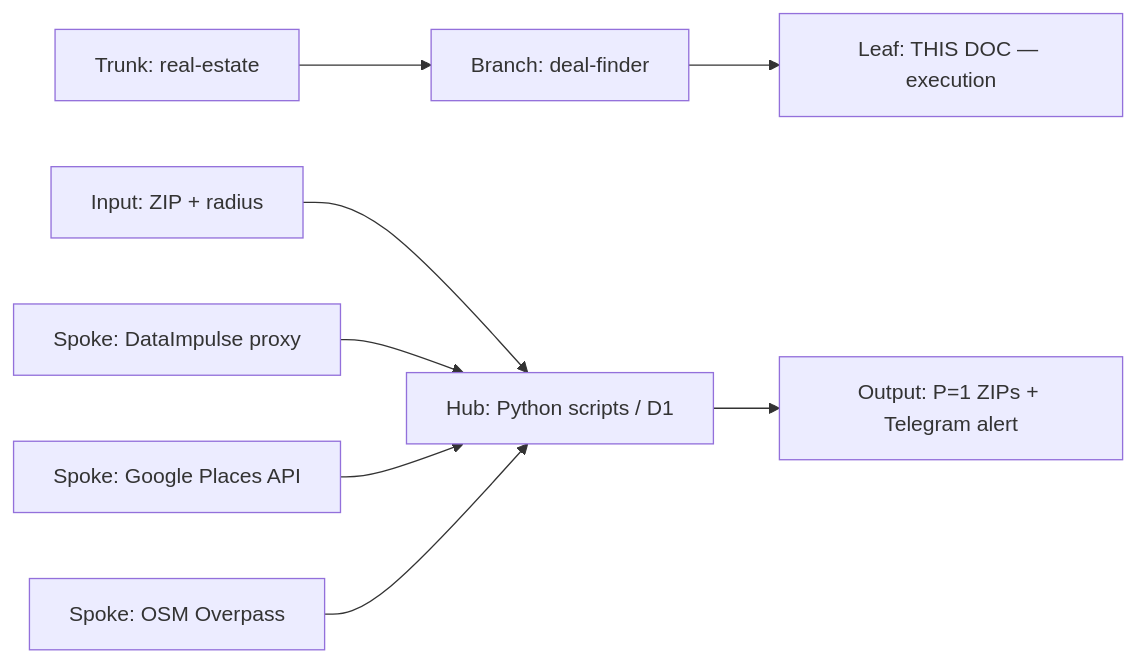
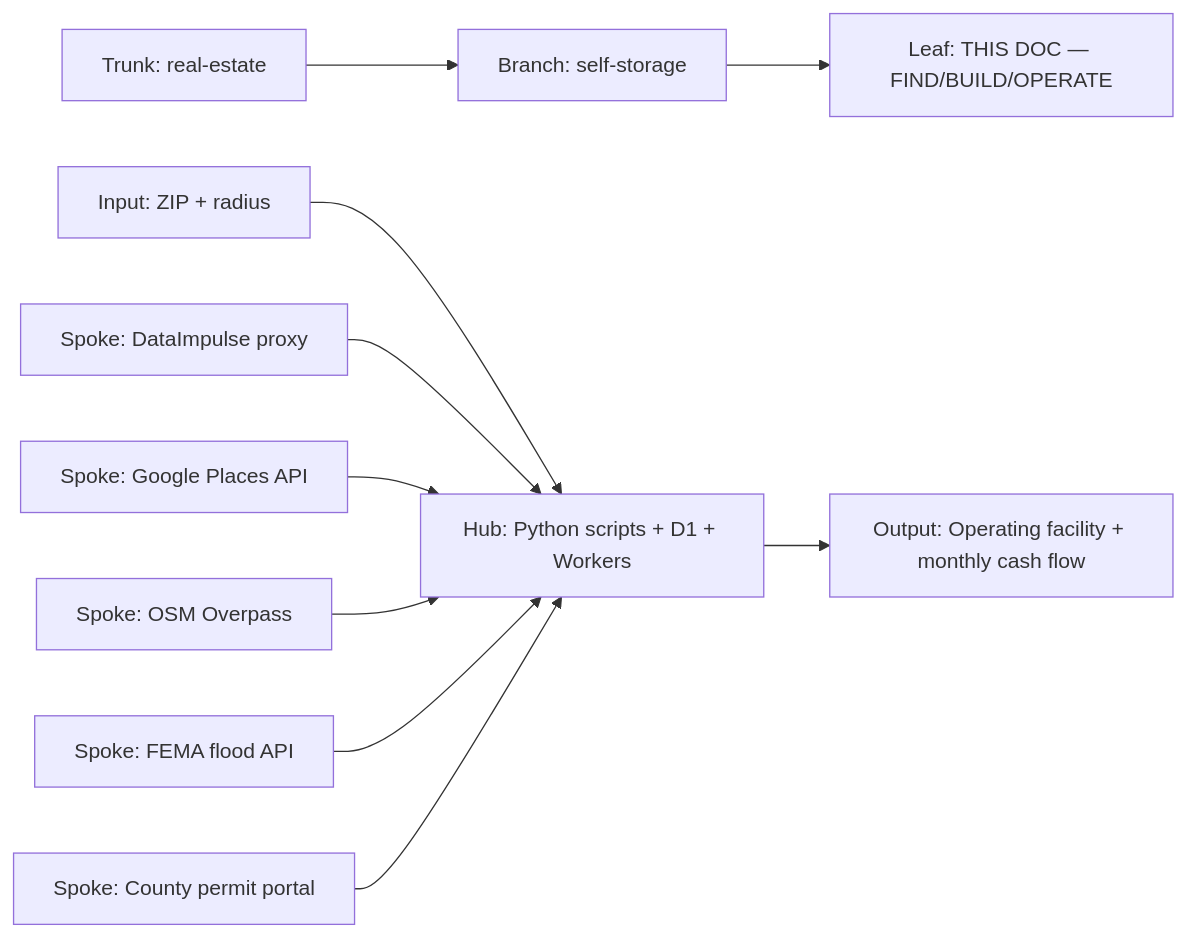
One commit to djb258/Barton-Processes changed the first of 2 diagrams in factory/real-estate/PROC-1000-DEAL-FINDER.md. Above: the diagram before and after it, drawn with Mermaid. The commit also changed other lines of this file, not shown here.

Commit message:
docs: PROC-1000 v2.0.0 — full 3-step lifecycle (FIND/BUILD/OPERATE) per Atlas

````diff
--- a/factory/real-estate/PROC-1000-DEAL-FINDER.md
+++ b/factory/real-estate/PROC-1000-DEAL-FINDER.md
@@ -58,10 +60,12 @@
 ```mermaid
 flowchart LR
-  TRUNK[Trunk: real-estate] --> BRANCH[Branch: deal-finder]
-  BRANCH --> LEAF[Leaf: THIS DOC — execution]
-  RIM_IN[Input: ZIP + radius] --> HUB[Hub: Python scripts / D1]
-  HUB --> RIM_OUT[Output: P=1 ZIPs + Telegram alert]
+  TRUNK[Trunk: real-estate] --> BRANCH[Branch: self-storage]
+  BRANCH --> LEAF[Leaf: THIS DOC — FIND/BUILD/OPERATE]
+  RIM_IN[Input: ZIP + radius] --> HUB[Hub: Python scripts + D1 + Workers]
+  HUB --> RIM_OUT[Output: Operating facility + monthly cash flow]
   SPOKE1[Spoke: DataImpulse proxy] --> HUB
   SPOKE2[Spoke: Google Places API] --> HUB
   SPOKE3[Spoke: OSM Overpass] --> HUB
+  SPOKE4[Spoke: FEMA flood API] --> HUB
+  SPOKE5[Spoke: County permit portal] --> HUB
 ```
````
